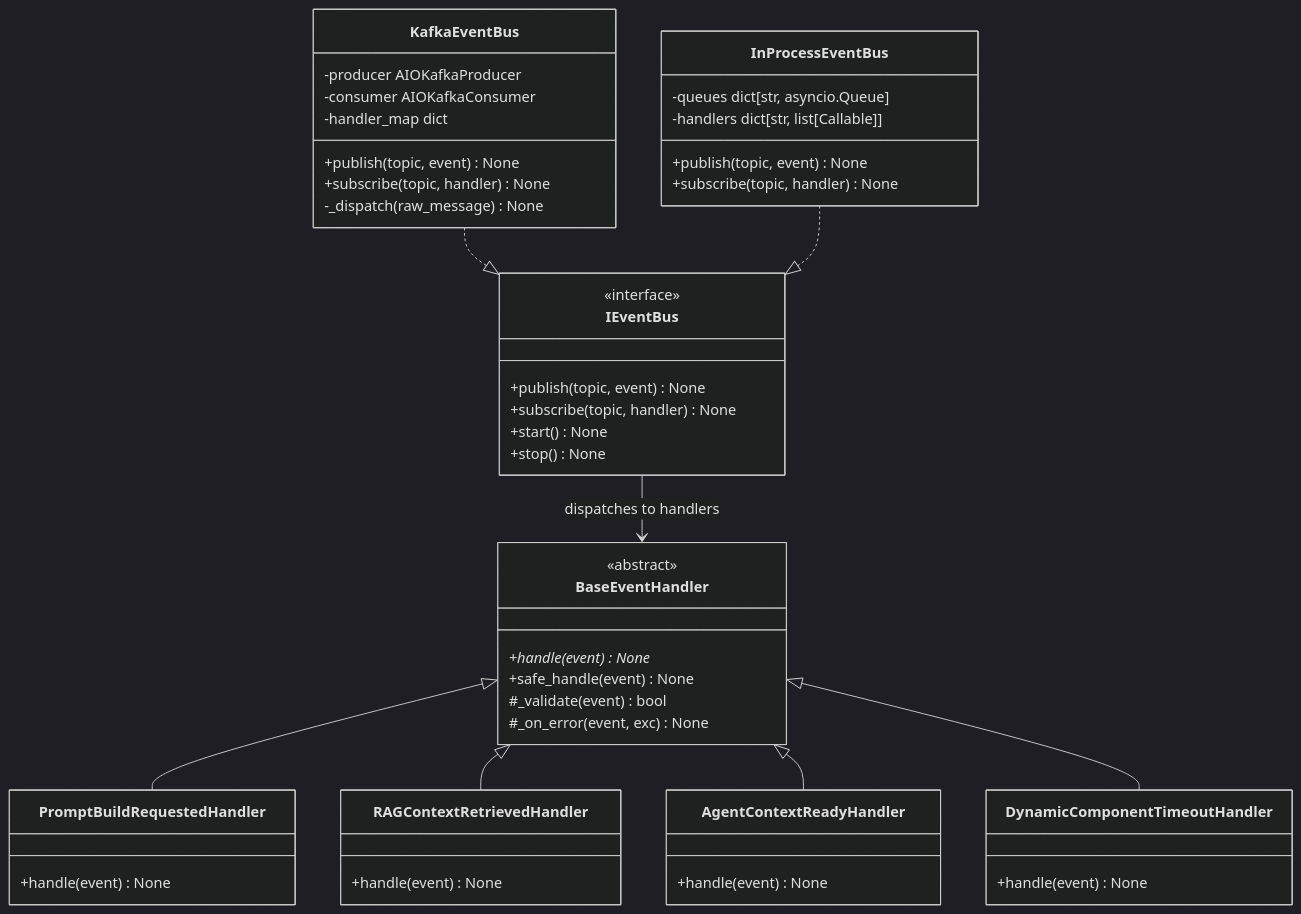
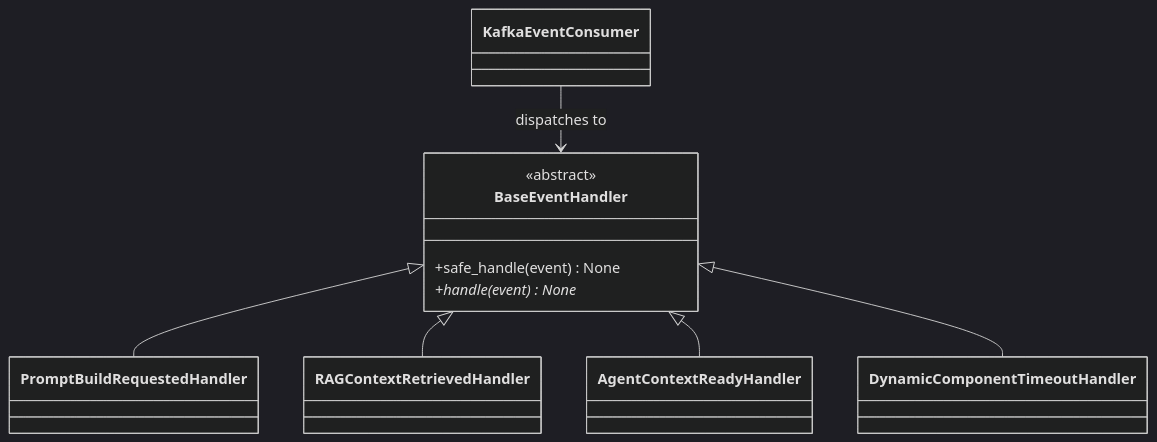
The fourth of 8 diagrams in AWA_Prompt_Builder_TDD.md (Siddharth2908/Prompt_Builder), drawn with Mermaid (dark theme) before and after one commit. The commit also changed other lines of this file, not shown here.

````diff
--- a/AWA_Prompt_Builder_TDD.md
+++ b/AWA_Prompt_Builder_TDD.md
@@ -1703,46 +1532,14 @@
 ```mermaid
 classDiagram
     direction TB
-
     class BaseEventHandler {
         <<abstract>>
+        +safe_handle(event) None
         +handle(event) None*
-        +safe_handle(event) None
-        #_validate(event) bool
-        #_on_error(event, exc) None
     }
-    class PromptBuildRequestedHandler { +handle(event) None }
-    class RAGContextRetrievedHandler  { +handle(event) None }
-    class AgentContextReadyHandler    { +handle(event) None }
-    class DynamicComponentTimeoutHandler { +handle(event) None }
-
-    class IEventBus {
-        <<interface>>
-        +publish(topic, event) None
-        +subscribe(topic, handler) None
-        +start() None
-        +stop() None
-    }
-    class KafkaEventBus {
-        -producer AIOKafkaProducer
-        -consumer AIOKafkaConsumer
-        -handler_map dict
-        +publish(topic, event) None
-        +subscribe(topic, handler) None
-        -_dispatch(raw_message) None
-    }
-    class InProcessEventBus {
-        -queues dict[str, asyncio.Queue]
-        -handlers dict[str, list[Callable]]
-        +publish(topic, event) None
-        +subscribe(topic, handler) None
-    }
-
     BaseEventHandler <|-- PromptBuildRequestedHandler
     BaseEventHandler <|-- RAGContextRetrievedHandler
     BaseEventHandler <|-- AgentContextReadyHandler
     BaseEventHandler <|-- DynamicComponentTimeoutHandler
-    KafkaEventBus ..|> IEventBus
-    InProcessEventBus ..|> IEventBus
-    IEventBus --> BaseEventHandler : dispatches to handlers
+    KafkaEventConsumer --> BaseEventHandler : dispatches to
 ```
````
